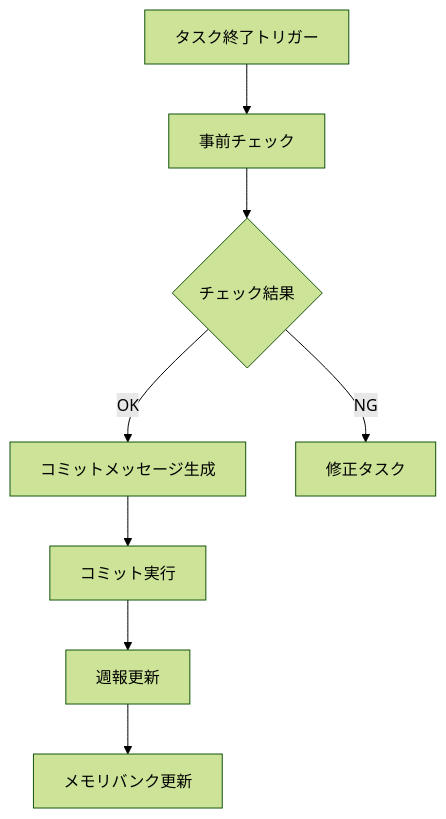
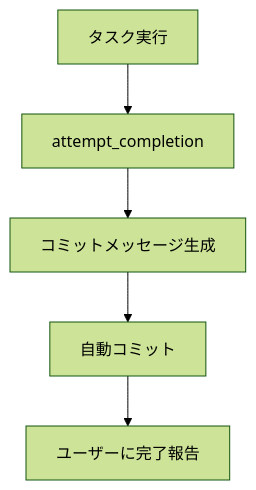
One commit to amano--/any changed the diagram in we-edit/docs/setup/prompt/rules/personal.md. Above: the diagram before and after it, drawn with Mermaid (forest theme). The commit also changed other lines of this file, not shown here.

````diff
--- a/we-edit/docs/setup/prompt/rules/personal.md
+++ b/we-edit/docs/setup/prompt/rules/personal.md
@@ -15,10 +26,7 @@
 ```mermaid
 flowchart TD
-    A[タスク終了トリガー] --> B[事前チェック]
-    B --> C{チェック結果}
-    C -->|OK| D[コミットメッセージ生成]
-    C -->|NG| E[修正タスク]
-    D --> F[コミット実行]
-    F --> G[週報更新]
-    G --> H[メモリバンク更新]
+    A[タスク実行] --> B[attempt_completion]
+    B --> C[コミットメッセージ生成]
+    C --> D[自動コミット]
+    D --> E[ユーザーに完了報告]
 ```
````
